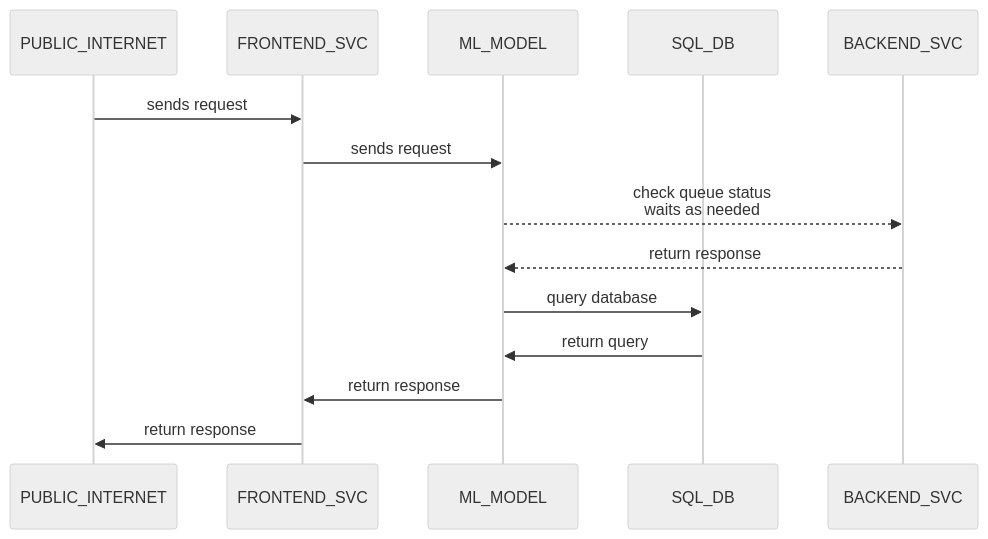
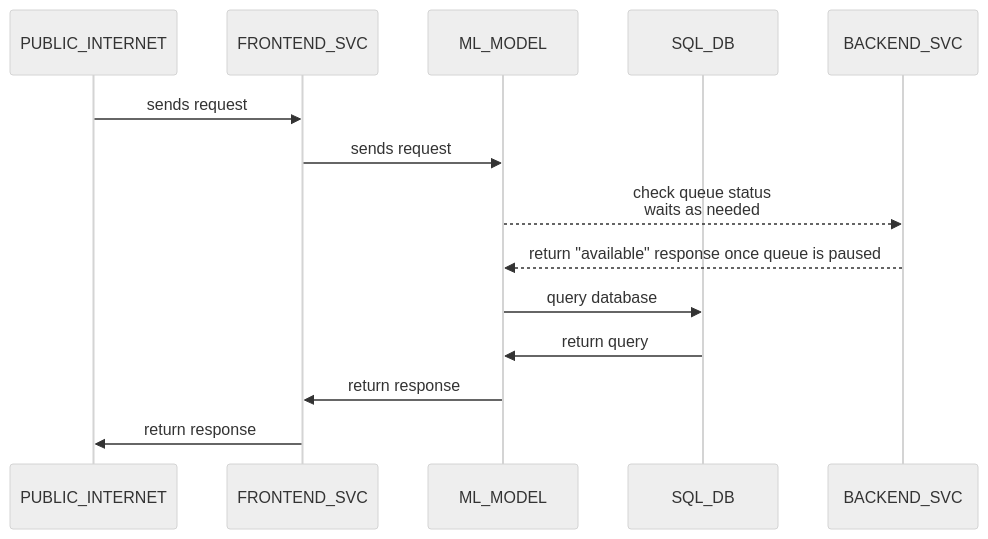
Before and after one commit to mxava/mcbroken-ml: the second of 3 diagrams in ARCHITECTURE.md, drawn with Mermaid (neutral theme). The commit also changed other lines of this file and 6 other files, not shown here.

````diff
--- a/ARCHITECTURE.md
+++ b/ARCHITECTURE.md
@@ -23,17 +24,17 @@
 ```mermaid
 sequenceDiagram
    participant PUBLIC_INTERNET
    participant FRONTEND_SVC
    participant ML_MODEL
    participant SQL_DB
    participant BACKEND_SVC
 
    PUBLIC_INTERNET->>FRONTEND_SVC: sends request
    FRONTEND_SVC->>ML_MODEL: sends request
    ML_MODEL-->>BACKEND_SVC: check queue status<br/>waits as needed
-   BACKEND_SVC-->>ML_MODEL: return response
+   BACKEND_SVC-->>ML_MODEL: return "available" response once queue is paused
    ML_MODEL->>SQL_DB: query database
    SQL_DB->>ML_MODEL: return query
    ML_MODEL->>FRONTEND_SVC: return response
    FRONTEND_SVC->>PUBLIC_INTERNET: return response
 ```
````
